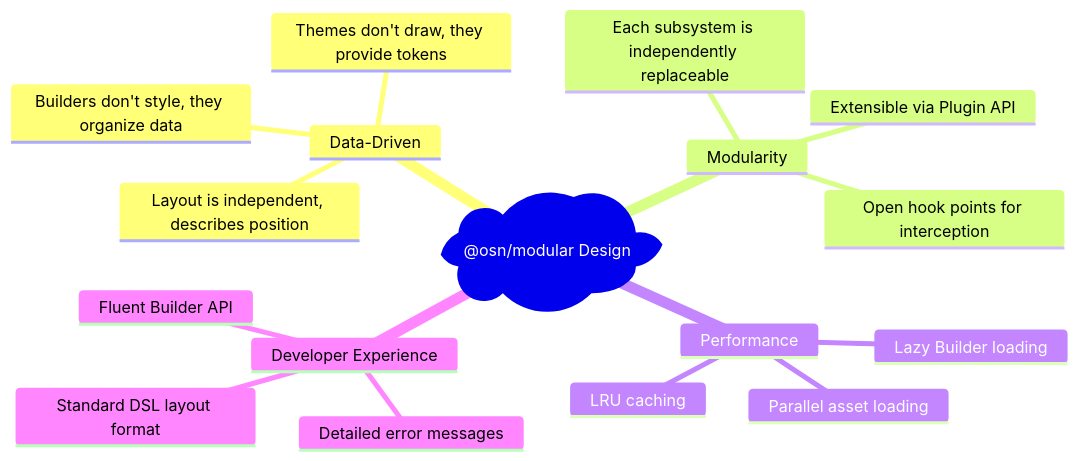
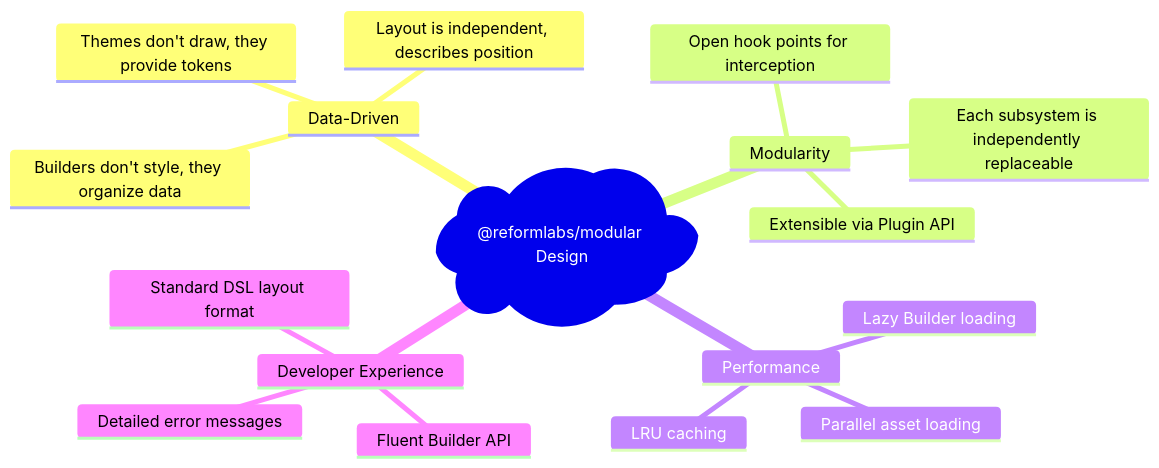
One commit to ManyMQ/modular changed the ninth of 9 diagrams in docs/core-concepts/system-architecture.md. Above: the diagram before and after it, drawn with Mermaid. The commit also changed other lines of this file and 16 other files, not shown here.

First line of the commit message:
Chore: rebrand to ReformLabs and overhaul documentation architecture

````diff
--- a/docs/core-concepts/system-architecture.md
+++ b/docs/core-concepts/system-architecture.md
@@ -298,20 +302,20 @@
 ```mermaid
 mindmap
-  root)@osn/modular Design(
+  root)@reformlabs/modular Design(
     Data-Driven
       Themes don't draw, they provide tokens
       Builders don't style, they organize data
       Layout is independent, describes position
     Modularity
       Each subsystem is independently replaceable
       Extensible via Plugin API
       Open hook points for interception
     Performance
       LRU caching
       Parallel asset loading
       Lazy Builder loading
     Developer Experience
       Fluent Builder API
       Standard DSL layout format
       Detailed error messages
 ```
````
